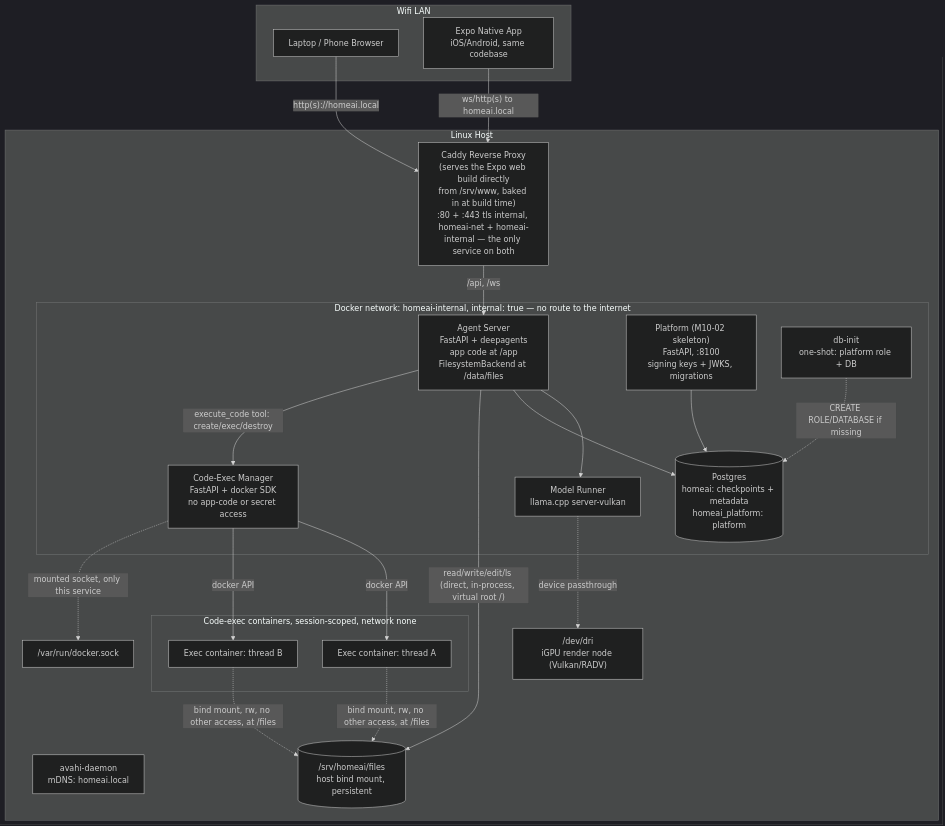
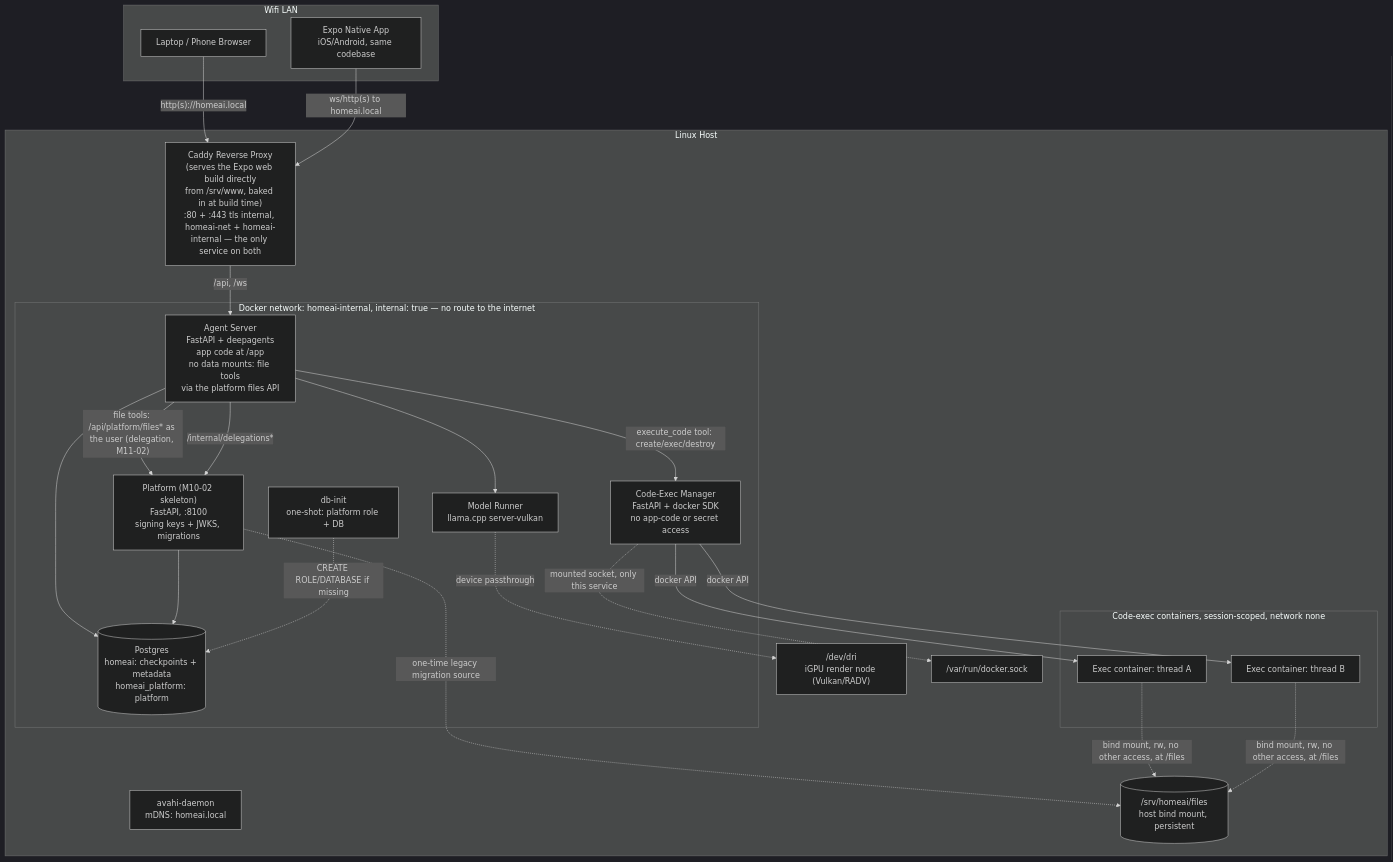
The first of 3 diagrams in docs/ARCHITECTURE.md (cucucachu/unnamed_local_ai_server), drawn with Mermaid (dark theme) before and after one commit. The commit also changed other lines of this file and 65 other files, not shown here.

First line of the commit message:
M11-02: Delegation tokens; agent file tools via `PlatformFilesBackend`; agent-server loses the files mount (#180)

````diff
--- a/docs/ARCHITECTURE.md
+++ b/docs/ARCHITECTURE.md
@@ -26,47 +26,49 @@
 ```mermaid
 flowchart TB
     subgraph lan [Wifi LAN]
         browser[Laptop / Phone Browser]
         nativeapp[Expo Native App\niOS/Android, same codebase]
     end
 
     browser -->|"http(s)://homeai.local"| proxy
     nativeapp -->|"ws/http(s) to homeai.local"| proxy
 
     subgraph host [Linux Host]
         proxy["Caddy Reverse Proxy\n(serves the Expo web build directly\nfrom /srv/www, baked in at build time)\n:80 + :443 tls internal, homeai-net + homeai-internal — the only service on both"]
         avahi[avahi-daemon\nmDNS: homeai.local]
 
         subgraph internalnet [Docker network: homeai-internal, internal: true — no route to the internet]
-            agent["Agent Server\nFastAPI + deepagents\napp code at /app\nFilesystemBackend at /data/files"]
+            agent["Agent Server\nFastAPI + deepagents\napp code at /app\nno data mounts: file tools\nvia the platform files API"]
             execmgr[Code-Exec Manager\nFastAPI + docker SDK\nno app-code or secret access]
             model[Model Runner\nllama.cpp server-vulkan]
             pg[(Postgres\nhomeai: checkpoints + metadata\nhomeai_platform: platform)]
             platform["Platform (M10-02 skeleton)\nFastAPI, :8100\nsigning keys + JWKS, migrations"]
             dbinit[db-init\none-shot: platform role + DB]
         end
 
         subgraph execpool [Code-exec containers, session-scoped, network none]
             exec1[Exec container: thread A]
             exec2[Exec container: thread B]
         end
 
         filesdir[("/srv/homeai/files\nhost bind mount, persistent")]
         dri["/dev/dri\niGPU render node (Vulkan/RADV)"]
         dsock["/var/run/docker.sock"]
     end
 
     proxy -->|"/api, /ws"| agent
     agent --> model
     agent --> pg
     platform --> pg
     dbinit -.->|"CREATE ROLE/DATABASE if missing"| pg
-    agent -->|"read/write/edit/ls (direct, in-process, virtual root /)"| filesdir
+    agent -->|"file tools: /api/platform/files* as the user (delegation, M11-02)"| platform
+    agent -->|"/internal/delegations*"| platform
+    platform -.->|"one-time legacy migration source"| filesdir
     agent -->|"execute_code tool: create/exec/destroy"| execmgr
     execmgr -->|docker API| exec1
     execmgr -->|docker API| exec2
     execmgr -.->|mounted socket, only this service| dsock
     exec1 -.->|"bind mount, rw, no other access, at /files"| filesdir
     exec2 -.->|"bind mount, rw, no other access, at /files"| filesdir
     model -.->|device passthrough| dri
 ```
````
